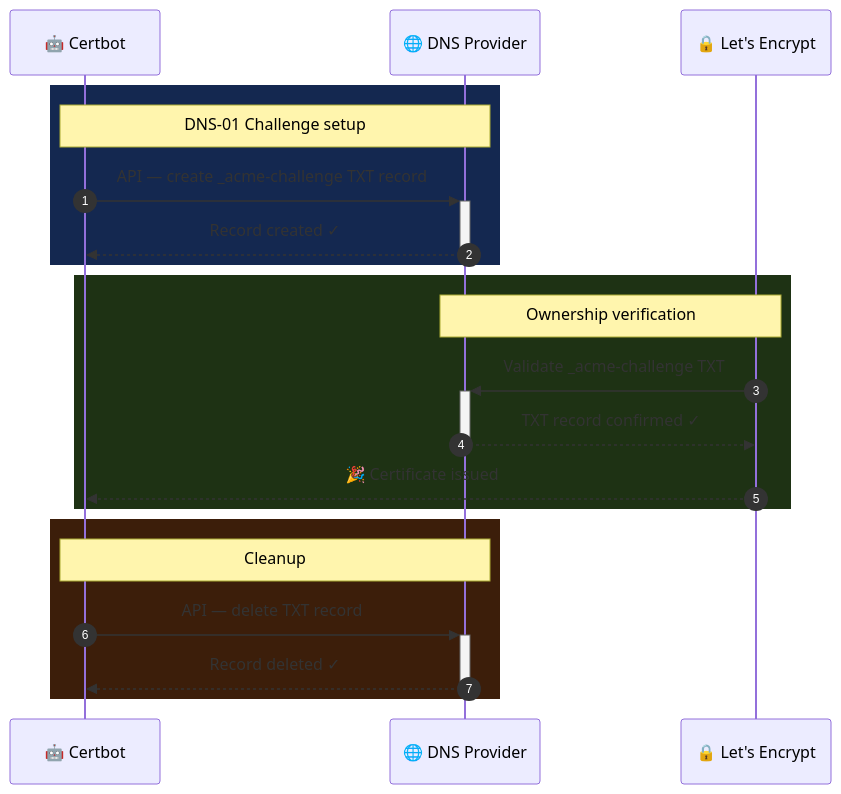
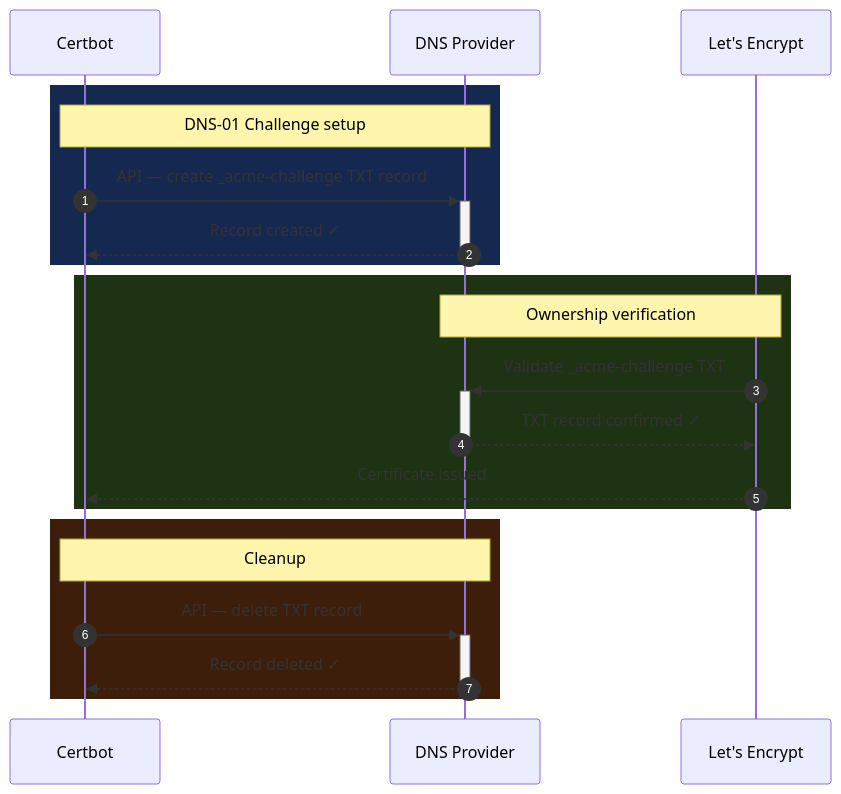
One commit to Pedr0Teixeira/oci-docgen changed the eighth of 10 diagrams in README.md. Above: the diagram before and after it, drawn with Mermaid. The commit also changed other lines of this file, not shown here.

Commit message:
docs: remove emojis from Mermaid diagrams

````diff
--- a/README.md
+++ b/README.md
@@ -942,26 +942,26 @@
 ```mermaid
 sequenceDiagram
   autonumber
-  participant C as 🤖 Certbot
-  participant D as 🌐 DNS Provider
-  participant L as 🔒 Let's Encrypt
+  participant C as Certbot
+  participant D as DNS Provider
+  participant L as Let's Encrypt
 
   rect rgb(20, 40, 80)
     Note over C,D: DNS-01 Challenge setup
     C->>+D: API — create _acme-challenge TXT record
     D-->>-C: Record created ✓
   end
 
   rect rgb(30, 50, 20)
     Note over D,L: Ownership verification
     L->>+D: Validate _acme-challenge TXT
     D-->>-L: TXT record confirmed ✓
-    L-->>C: 🎉 Certificate issued
+    L-->>C: Certificate issued
   end
 
   rect rgb(60, 30, 10)
     Note over C,D: Cleanup
     C->>+D: API — delete TXT record
     D-->>-C: Record deleted ✓
   end
 ```
````
